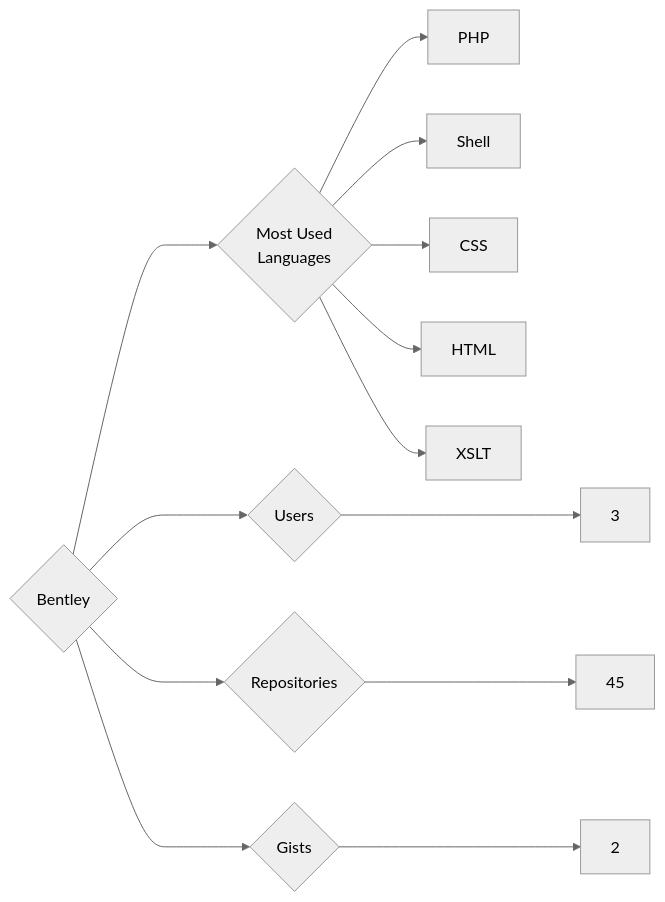
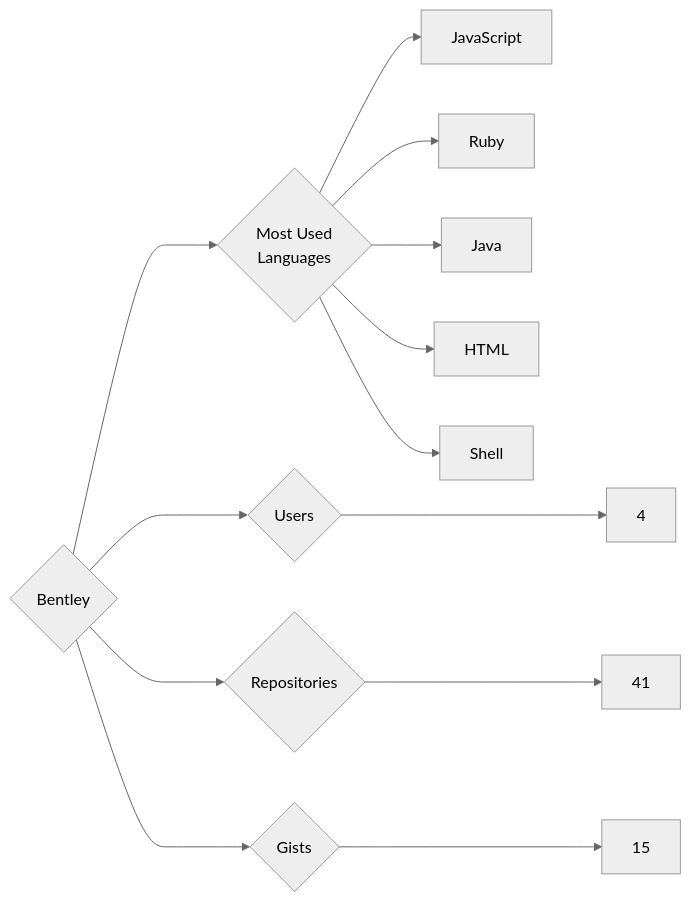
Before and after one commit to trickest/insiders: the diagram in targets/Bentley/README.md, drawn with Mermaid (neutral theme). The commit also changed 938 other files, not shown here.

````diff
--- a/targets/Bentley/README.md
+++ b/targets/Bentley/README.md
@@ -3,13 +3,13 @@
 ```mermaid
 graph LR
 COMPANY_NAME{Bentley}
-COMPANY_NAME ---> U{Users} ---> UN[3]
-COMPANY_NAME ---> R{Repositories} ---> RN[45]
-COMPANY_NAME ---> G{Gists} ---> GN[2]
+COMPANY_NAME ---> U{Users} ---> UN[4]
+COMPANY_NAME ---> R{Repositories} ---> RN[41]
+COMPANY_NAME ---> G{Gists} ---> GN[15]
 COMPANY_NAME ---> ML{Most Used<br>Languages}
-ML --> PHP[PHP]
+ML --> JavaScript[JavaScript]
+ML --> Ruby[Ruby]
+ML --> Java[Java]
+ML --> HTML[HTML]
 ML --> Shell[Shell]
-ML --> CSS[CSS]
-ML --> HTML[HTML]
-ML --> XSLT[XSLT]
 ```
````
